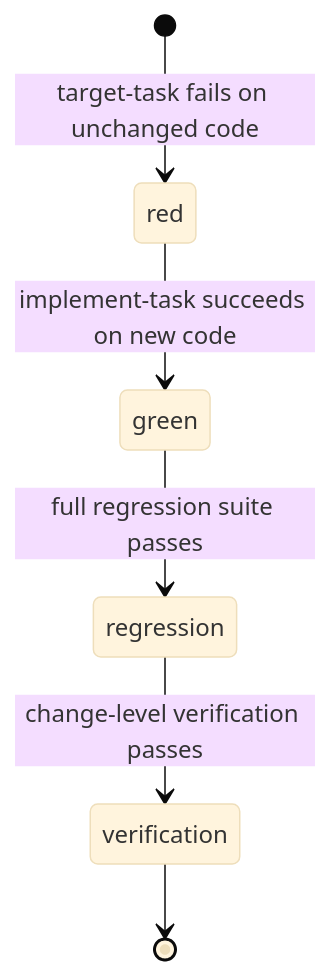
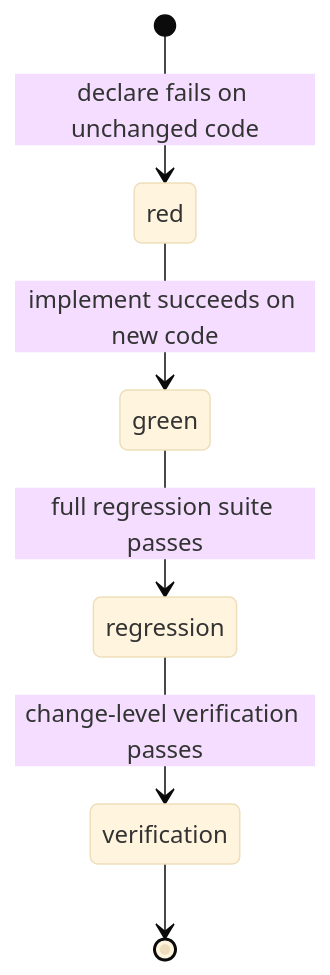
Before and after one commit to gste/deltafuse: the fifth of 5 diagrams in docs/state-machine.md, drawn with Mermaid (base theme). The commit also changed other lines of this file and 40 other files, not shown here.

First line of the commit message:
refactor: use one-word lifecycle skills and rename Target to Declare

````diff
--- a/docs/state-machine.md
+++ b/docs/state-machine.md
@@ -174,8 +174,8 @@
 ```mermaid
 stateDiagram-v2
-    [*] --> red: target-task fails on unchanged code
-    red --> green: implement-task succeeds on new code
+    [*] --> red: declare fails on unchanged code
+    red --> green: implement succeeds on new code
     green --> regression: full regression suite passes
     regression --> verification: change-level verification passes
     verification --> [*]
 ```
````
